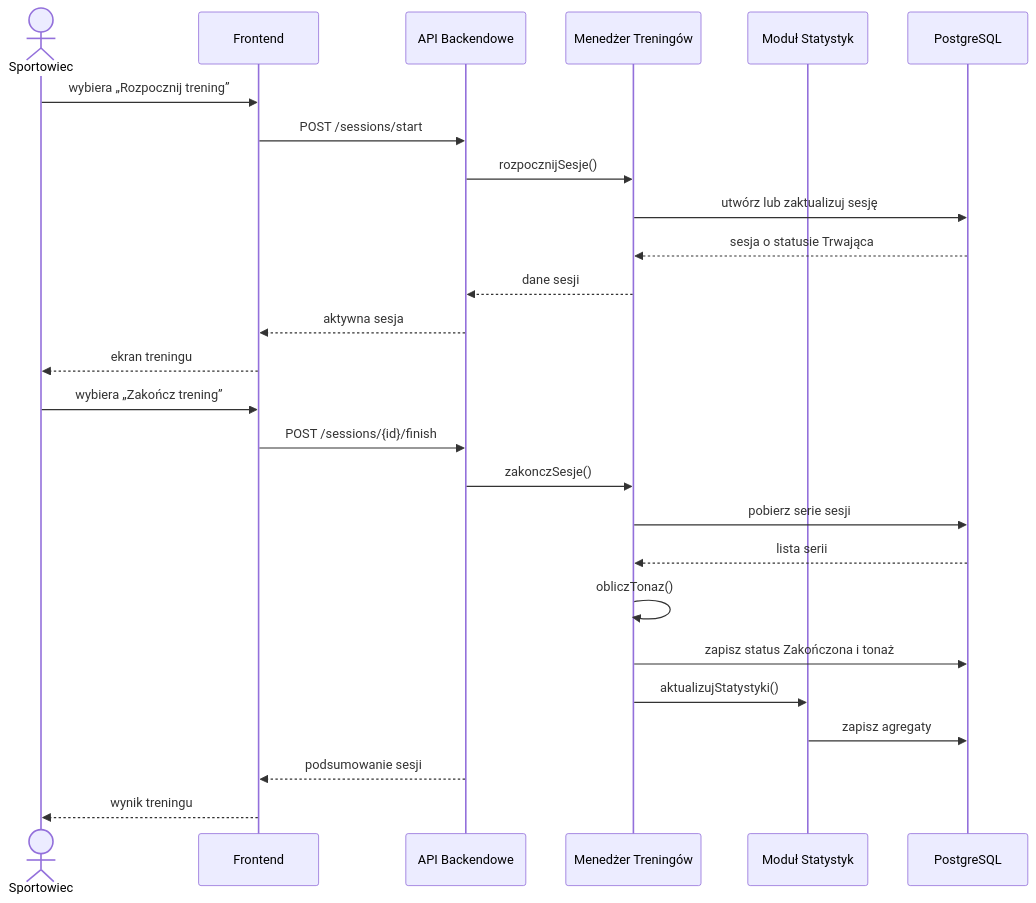
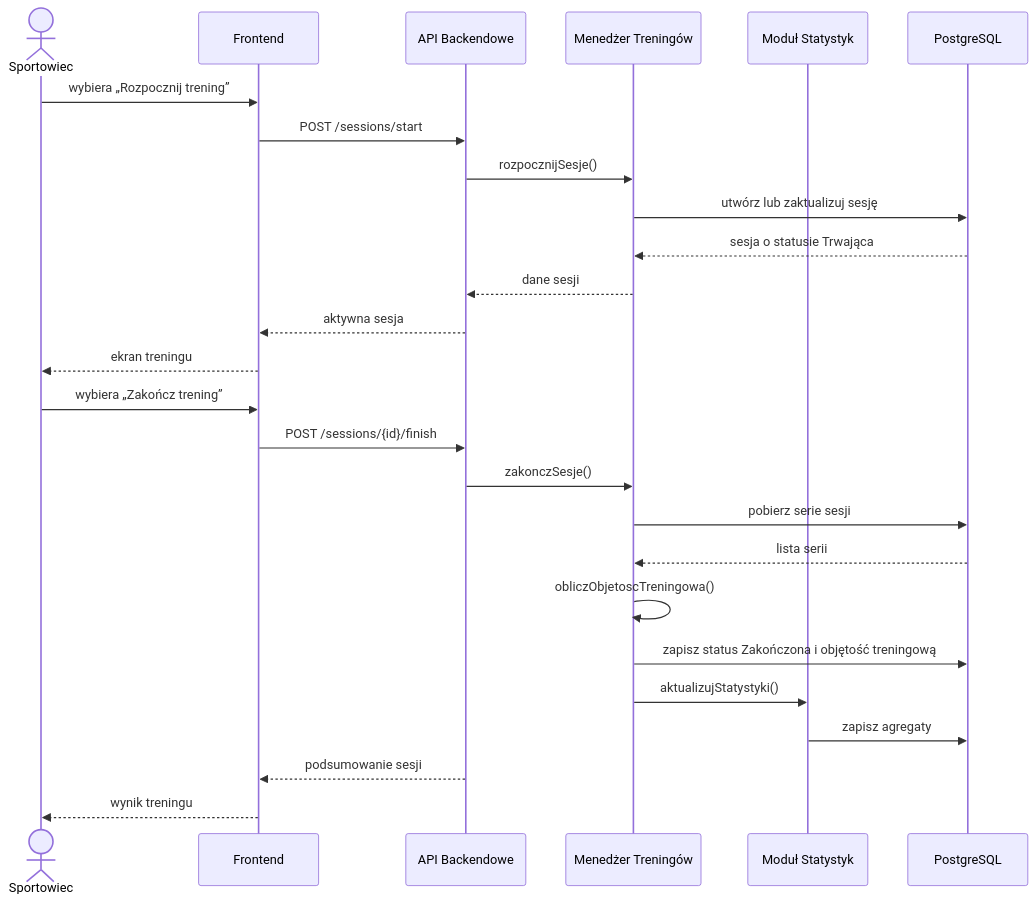
Before and after one commit to Elleass/hipertrof.io: the sixth of 7 diagrams in README.md, drawn with Mermaid. The commit also changed other lines of this file, not shown here.

````diff
--- a/README.md
+++ b/README.md
@@ -566,30 +575,30 @@
 ```mermaid
 sequenceDiagram
     actor S as Sportowiec
     participant UI as Frontend
     participant API as API Backendowe
     participant TM as Menedżer Treningów
     participant ST as Moduł Statystyk
     participant DB as PostgreSQL
 
     S->>UI: wybiera „Rozpocznij trening”
     UI->>API: POST /sessions/start
     API->>TM: rozpocznijSesje()
     TM->>DB: utwórz lub zaktualizuj sesję
     DB-->>TM: sesja o statusie Trwająca
     TM-->>API: dane sesji
     API-->>UI: aktywna sesja
     UI-->>S: ekran treningu
 
     S->>UI: wybiera „Zakończ trening”
     UI->>API: POST /sessions/{id}/finish
     API->>TM: zakonczSesje()
     TM->>DB: pobierz serie sesji
     DB-->>TM: lista serii
-    TM->>TM: obliczTonaz()
-    TM->>DB: zapisz status Zakończona i tonaż
+    TM->>TM: obliczObjetoscTreningowa()
+    TM->>DB: zapisz status Zakończona i objętość treningową
     TM->>ST: aktualizujStatystyki()
     ST->>DB: zapisz agregaty
     API-->>UI: podsumowanie sesji
     UI-->>S: wynik treningu
 ```
````
